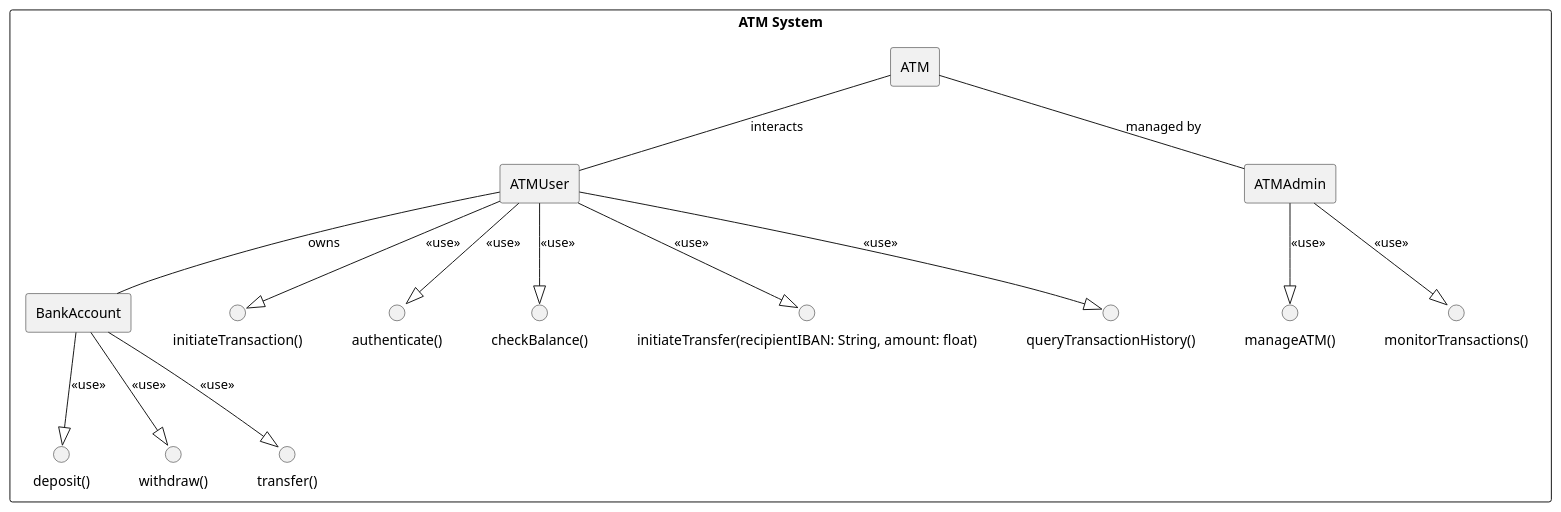
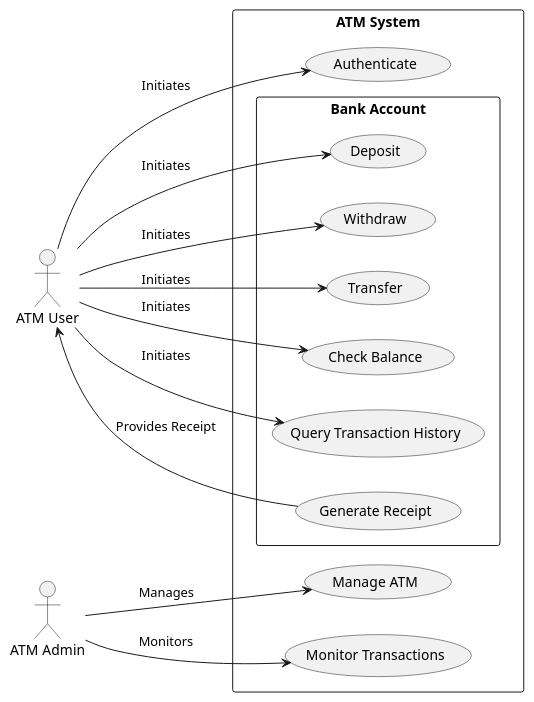
Before and after one commit to brunoUpskill2/ProjetoATM: the diagram in Diagramas/UserCase.plantuml, drawn with PlantUML. The commit also changed other lines of this file, not shown here.

```diff
--- a/Diagramas/UserCase.plantuml
+++ b/Diagramas/UserCase.plantuml
@@ -1,27 +1,32 @@
 @startuml UserCaseATM
- 
+left to right direction
+actor "ATM User" as User
+actor "ATM Admin" as Admin
+
 rectangle "ATM System" {
-  rectangle "ATM" as ATMClass
-  rectangle "ATMUser" as ATMUserClass
-  rectangle "ATMAdmin" as ATMAdminClass
-  rectangle "BankAccount" as BankAccountClass
- 
-  ATMClass -- ATMUserClass : interacts
-  ATMClass -- ATMAdminClass : managed by
-  ATMUserClass -- BankAccountClass : owns
- 
-  ATMUserClass --|> "initiateTransaction()" : <<use>>
-  ATMUserClass --|> "authenticate()" : <<use>>
-  ATMUserClass --|> "checkBalance()" : <<use>>
-  ATMUserClass --|> "initiateTransfer(recipientIBAN: String, amount: float)" : <<use>>
-  ATMUserClass --|> "queryTransactionHistory()" : <<use>>
- 
-  ATMAdminClass --|> "manageATM()" : <<use>>
-  ATMAdminClass --|> "monitorTransactions()" : <<use>>
- 
-  BankAccountClass --|> "deposit()" : <<use>>
-  BankAccountClass --|> "withdraw()" : <<use>>
-  BankAccountClass --|> "transfer()" : <<use>>
+  usecase "Authenticate" as Authenticate
+  usecase "Manage ATM" as ManageATM
+  usecase "Monitor Transactions" as MonitorTransactions
+
+  User --> Authenticate : Initiates
+  Admin --> ManageATM : Manages
+  Admin --> MonitorTransactions : Monitors
+
+  rectangle "Bank Account" {
+    usecase "Deposit" as Deposit
+    usecase "Withdraw" as Withdraw
+    usecase "Transfer" as Transfer
+    usecase "Check Balance" as CheckBalance
+    usecase "Query Transaction History" as QueryTransactionHistory
+    usecase "Generate Receipt" as GenerateReceipt
+
+    User --> Deposit : Initiates
+    User --> Withdraw : Initiates
+    User --> Transfer : Initiates
+    User --> CheckBalance : Initiates
+    User --> QueryTransactionHistory : Initiates
+    GenerateReceipt --> User : Provides Receipt
+  }
 }
- 
+
 @enduml
```
